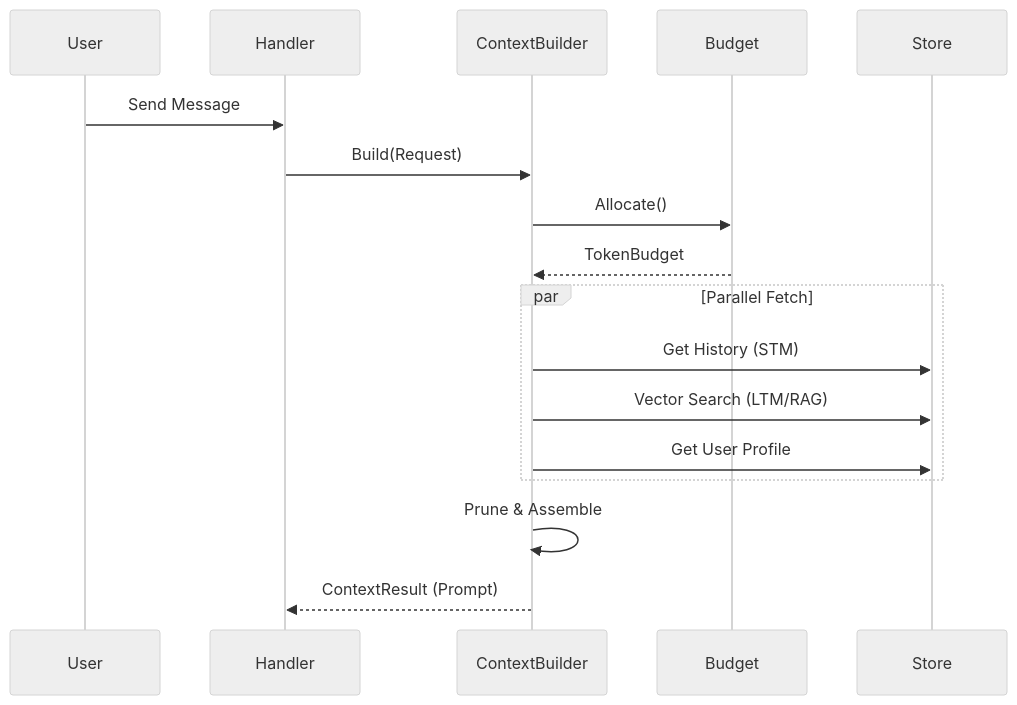
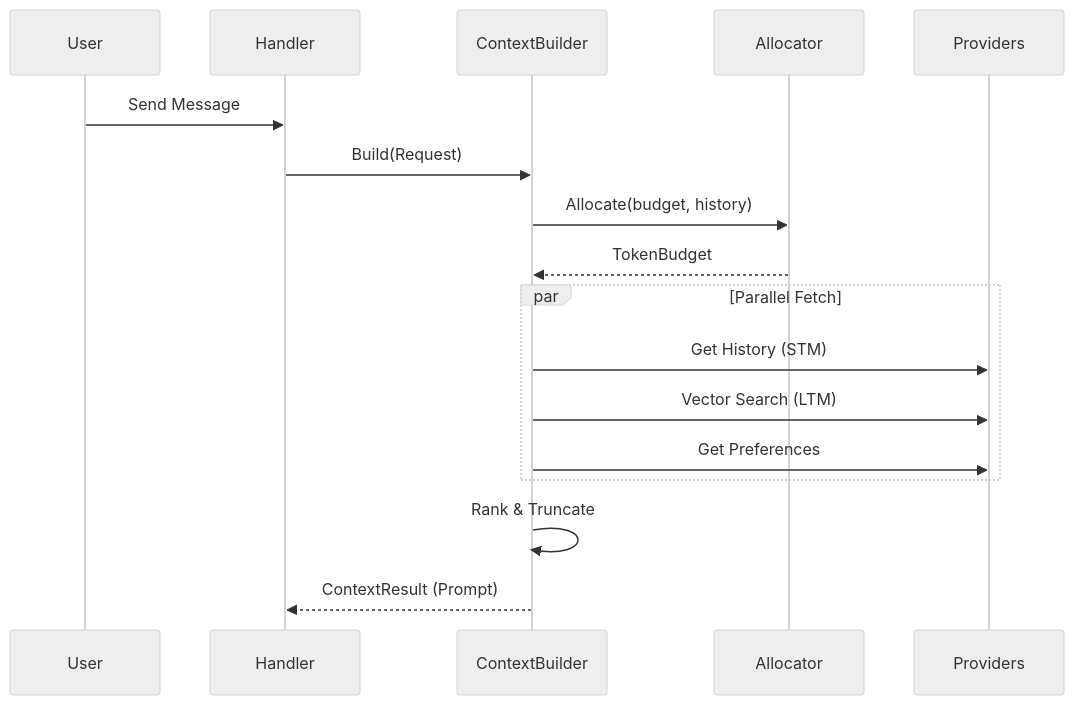
The second of 2 diagrams in ai/context/README.md (88lin/divinesense), drawn with Mermaid (neutral theme) before and after one commit. The commit also changed other lines of this file and 27 other files, not shown here.

````diff
--- a/ai/context/README.md
+++ b/ai/context/README.md
@@ -64,22 +99,22 @@
 ```mermaid
 sequenceDiagram
     participant User
     participant Handler
     participant ContextBuilder
-    participant Budget
-    participant Store
-    
+    participant Allocator
+    participant Providers
+
     User->>Handler: Send Message
     Handler->>ContextBuilder: Build(Request)
-    ContextBuilder->>Budget: Allocate()
-    Budget-->>ContextBuilder: TokenBudget
-    
+    ContextBuilder->>Allocator: Allocate(budget, history)
+    Allocator-->>ContextBuilder: TokenBudget
+
     par Parallel Fetch
-        ContextBuilder->>Store: Get History (STM)
-        ContextBuilder->>Store: Vector Search (LTM/RAG)
-        ContextBuilder->>Store: Get User Profile
+        ContextBuilder->>Providers: Get History (STM)
+        ContextBuilder->>Providers: Vector Search (LTM)
+        ContextBuilder->>Providers: Get Preferences
     end
-    
-    ContextBuilder->>ContextBuilder: Prune & Assemble
+
+    ContextBuilder->>ContextBuilder: Rank & Truncate
     ContextBuilder-->>Handler: ContextResult (Prompt)
 ```
````
